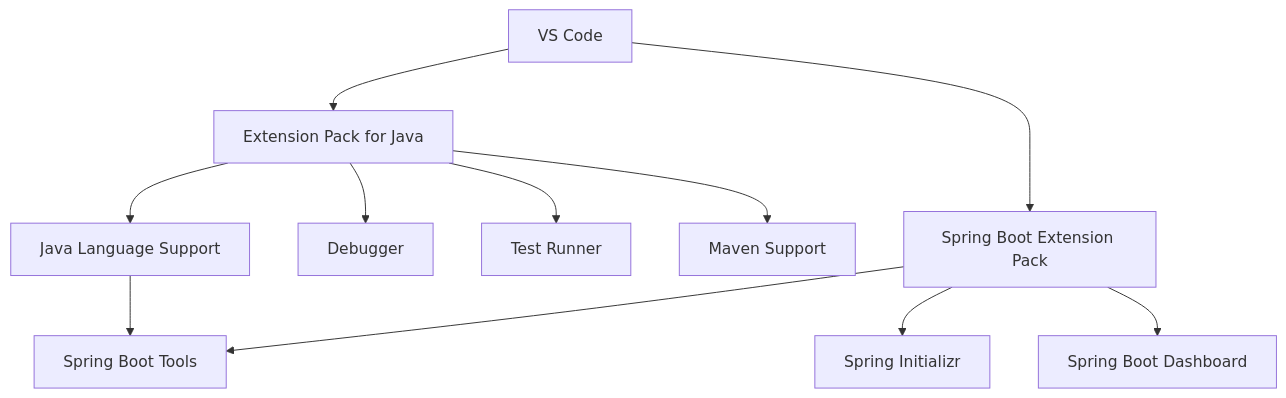
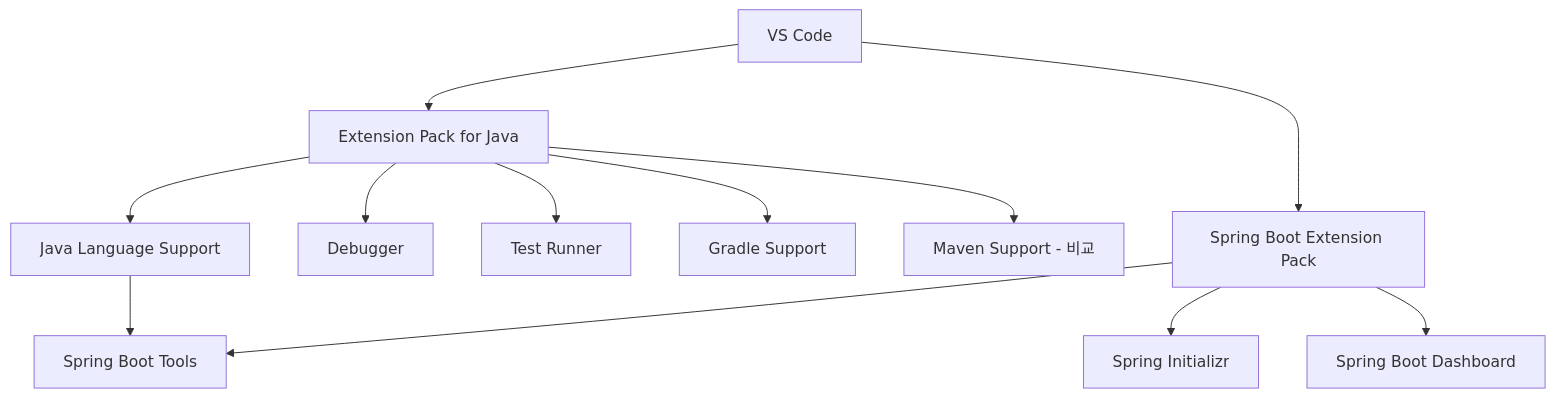
One commit to Team-Microserver/microserver-docs changed the second of 2 diagrams in docs/01_project_start/02_environment/vscode/spring_boot_extension_setup.md. Above: the diagram before and after it, drawn with Mermaid. The commit also changed other lines of this file and 30 other files, not shown here.

````diff
--- a/docs/01_project_start/02_environment/vscode/spring_boot_extension_setup.md
+++ b/docs/01_project_start/02_environment/vscode/spring_boot_extension_setup.md
@@ -243,17 +243,18 @@
 ```mermaid
 flowchart TB
     VS[VS Code]
 
     VS --> JAVA[Extension Pack for Java]
     JAVA --> LANG[Java Language Support]
     JAVA --> DEBUG[Debugger]
     JAVA --> TEST[Test Runner]
-    JAVA --> MAVEN[Maven Support]
+    JAVA --> GRADLE[Gradle Support]
+    JAVA --> MAVEN[Maven Support - 비교]
 
     VS --> SPRING[Spring Boot Extension Pack]
     SPRING --> TOOLS[Spring Boot Tools]
     SPRING --> INIT[Spring Initializr]
     SPRING --> DASH[Spring Boot Dashboard]
 
     LANG --> TOOLS
 ```
````
